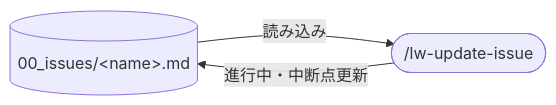
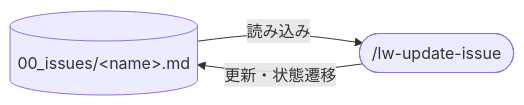
The diagram in docs/lw-kit/40_スキル設計/lw-kit-スキル設計-lw-update-issue.md (yu-takahas/llm-wiki-kit), drawn with Mermaid before and after one commit. The commit also changed 10 other files, not shown here.

````diff
--- a/docs/lw-kit/40_スキル設計/lw-kit-スキル設計-lw-update-issue.md
+++ b/docs/lw-kit/40_スキル設計/lw-kit-スキル設計-lw-update-issue.md
@@ -26,5 +26,5 @@
 ```mermaid
 graph LR
     issue[("00_issues/&lt;name&gt;.md")] -->|"読み込み"| skill(["/lw-update-issue"])
-    skill -->|"進行中・中断点更新"| issue
+    skill -->|"更新・状態遷移"| issue
 ```
````
